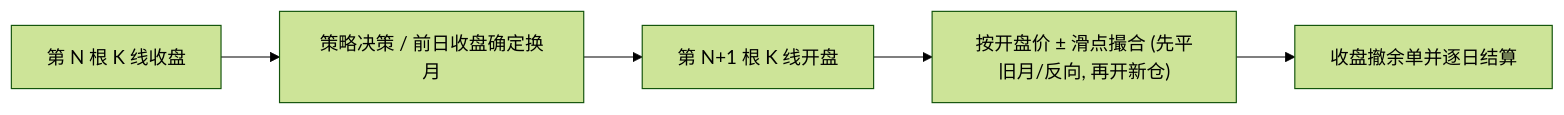
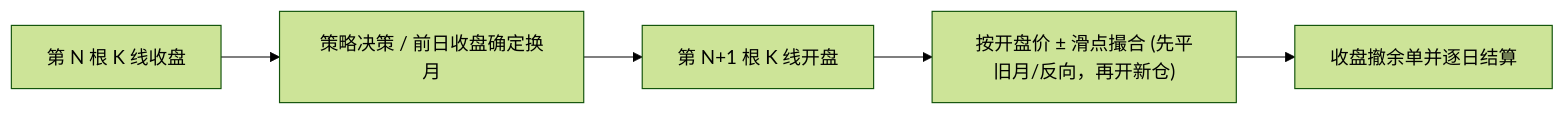
One commit to isqiwen/asterion-terminal changed the second of 2 diagrams in docs/lab/README.md. Above: the diagram before and after it, drawn with Mermaid (forest theme). The commit also changed other lines of this file and 26 other files, not shown here.

````diff
--- a/docs/lab/README.md
+++ b/docs/lab/README.md
@@ -110,7 +102,7 @@
 ```mermaid
 flowchart LR
   B1["第 N 根 K 线收盘"] --> Dec["策略决策 / 前日收盘确定换月"]
   Dec --> B2["第 N+1 根 K 线开盘"]
-  B2 --> Exec["按开盘价 ± 滑点撮合 (先平旧月/反向, 再开新仓)"]
+  B2 --> Exec["按开盘价 ± 滑点撮合 (先平旧月/反向，再开新仓)"]
   Exec --> Settle["收盘撤余单并逐日结算"]
 ```
````
